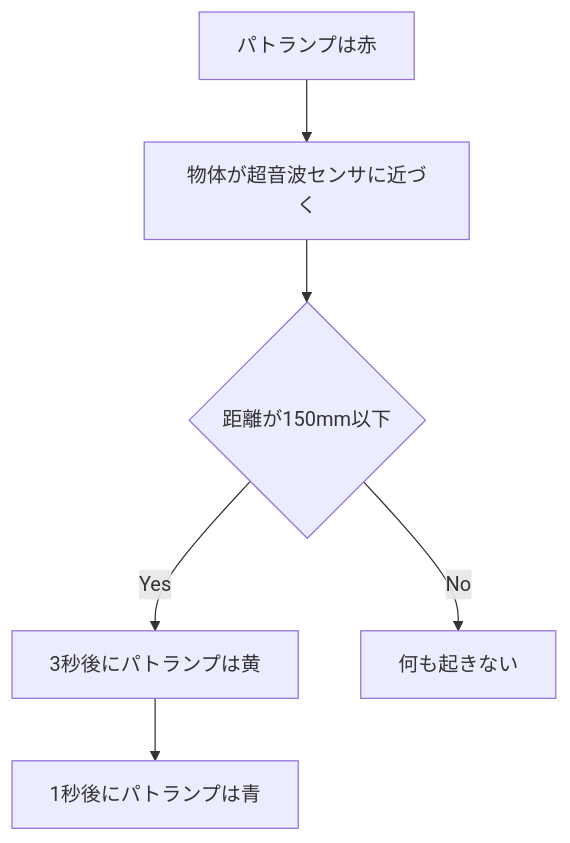
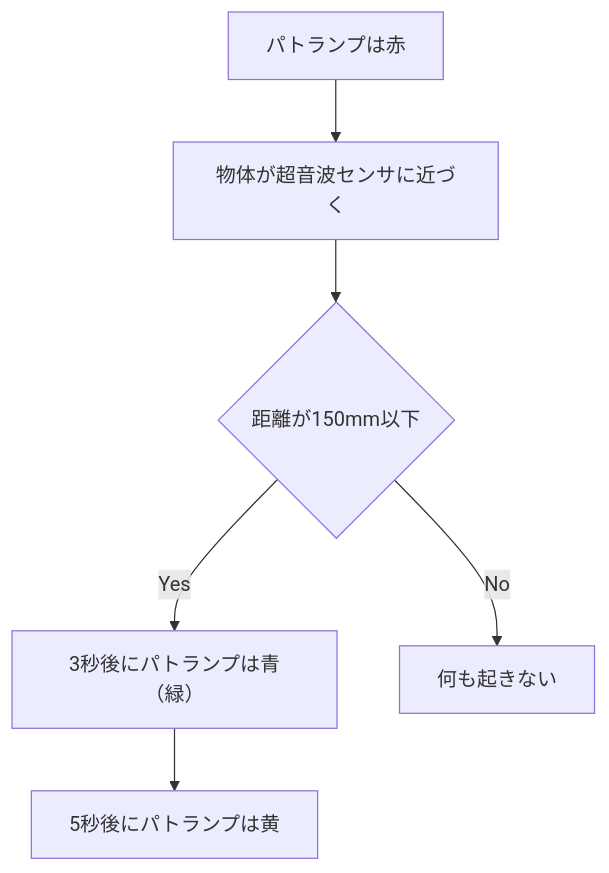
Before and after one commit to protoout/h-protoout: the diagram in DAY1/dev_lesson/lesson03-obniz-advanced/combine_trafficlight_ultrasound.md, drawn with Mermaid. The commit also changed other lines of this file, not shown here.

````diff
--- a/DAY1/dev_lesson/lesson03-obniz-advanced/combine_trafficlight_ultrasound.md
+++ b/DAY1/dev_lesson/lesson03-obniz-advanced/combine_trafficlight_ultrasound.md
@@ -5,10 +6,10 @@
 ```mermaid
 
 graph TD;
     A[パトランプは赤] --> B[物体が超音波センサに近づく];
     B --> C{距離が150mm以下};
-    C --> |Yes| D[3秒後にパトランプは黄];
-    D --> E[1秒後にパトランプは青];
+    C --> |Yes| D[3秒後にパトランプは青（緑）];
+    D --> E[5秒後にパトランプは黄];
     C --> |No| E\F[何も起きない];
 
 ```
````
